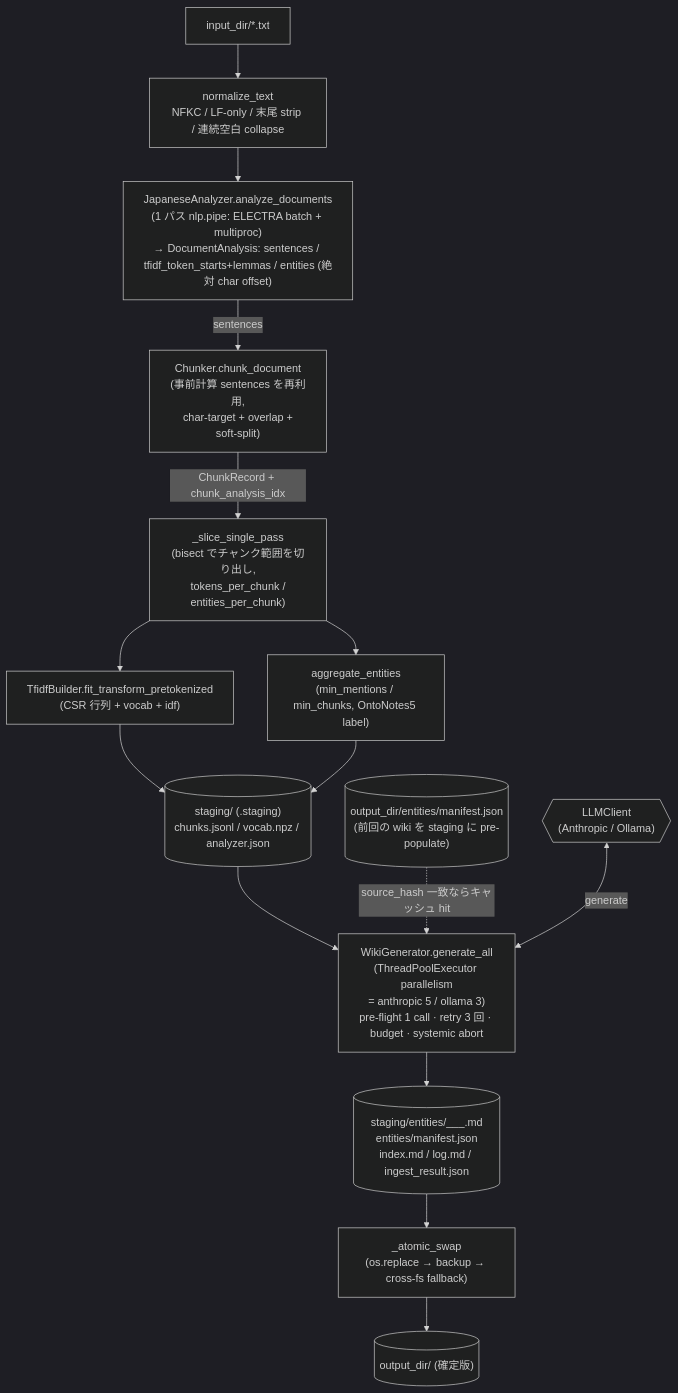
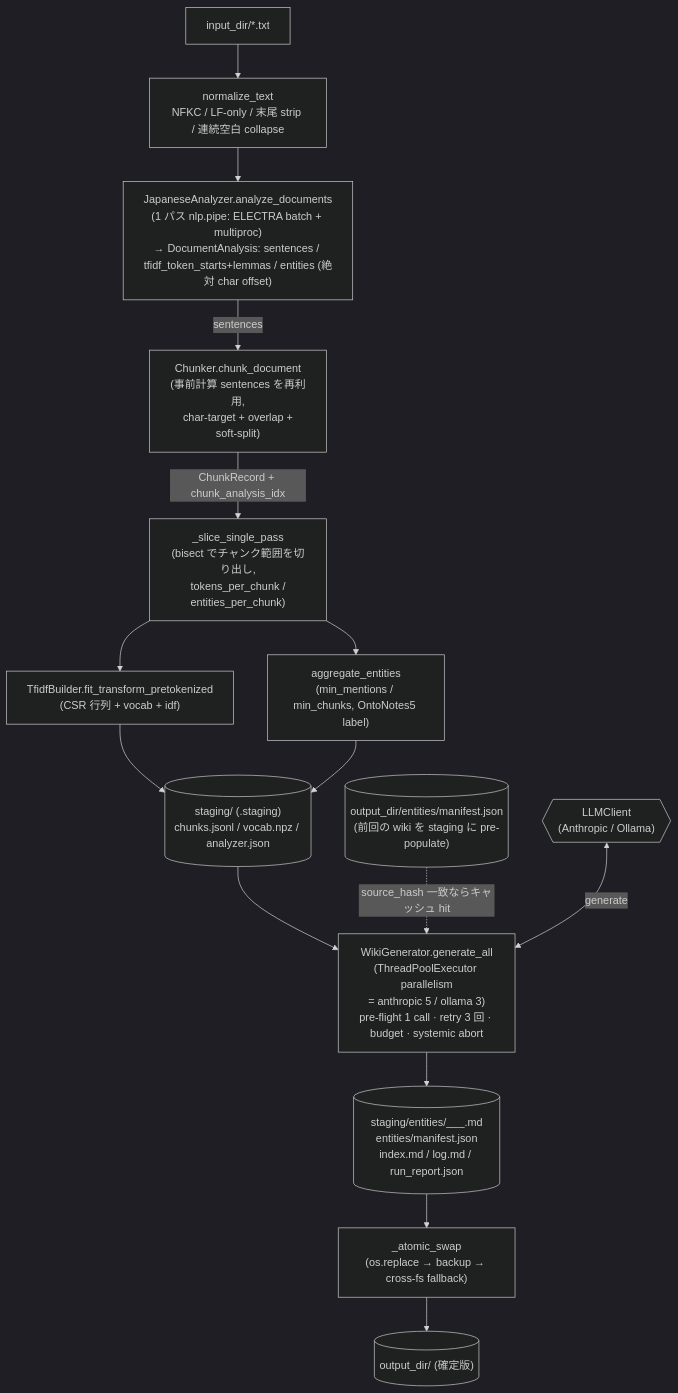
One commit to wfukatsu/lorebook-chunker changed the first of 2 diagrams in README.md. Above: the diagram before and after it, drawn with Mermaid (dark theme). The commit also changed other lines of this file and 4 other files, not shown here.

````diff
--- a/README.md
+++ b/README.md
@@ -34,17 +34,17 @@
 ```mermaid
 flowchart TD
     IN["input_dir/*.txt"] --> NORM["normalize_text<br/>NFKC / LF-only / 末尾 strip / 連続空白 collapse"]
     NORM --> AD["JapaneseAnalyzer.analyze_documents<br/>(1 パス nlp.pipe: ELECTRA batch + multiproc)<br/>→ DocumentAnalysis: sentences / tfidf_token_starts+lemmas / entities (絶対 char offset)"]
     AD -->|sentences| CHUNK["Chunker.chunk_document<br/>(事前計算 sentences を再利用,<br/> char-target + overlap + soft-split)"]
     CHUNK -->|ChunkRecord + chunk_analysis_idx| SLICE["_slice_single_pass<br/>(bisect でチャンク範囲を切り出し,<br/> tokens_per_chunk / entities_per_chunk)"]
     SLICE --> TFIDF["TfidfBuilder.fit_transform_pretokenized<br/>(CSR 行列 + vocab + idf)"]
     SLICE --> AGG["aggregate_entities<br/>(min_mentions / min_chunks, OntoNotes5 label)"]
     TFIDF --> STG[("staging/ (.staging)<br/>chunks.jsonl / vocab.npz / analyzer.json")]
     AGG --> STG
     STG --> WIKI["WikiGenerator.generate_all<br/>(ThreadPoolExecutor parallelism<br/>= anthropic 5 / ollama 3)<br/>pre-flight 1 call · retry 3 回 · budget · systemic abort"]
     PREV[("output_dir/entities/manifest.json<br/>(前回の wiki を staging に pre-populate)")] -.->|source_hash 一致ならキャッシュ hit| WIKI
     LLM{{"LLMClient<br/>(Anthropic / Ollama)"}} <-->|generate| WIKI
-    WIKI --> STG2[("staging/entities/<LABEL>__<name>_<sha6>.md<br/>entities/manifest.json<br/>index.md / log.md / ingest_result.json")]
+    WIKI --> STG2[("staging/entities/<LABEL>__<name>_<sha6>.md<br/>entities/manifest.json<br/>index.md / log.md / run_report.json")]
     STG2 --> SWAP["_atomic_swap<br/>(os.replace → backup → cross-fs fallback)"]
     SWAP --> OUT[("output_dir/ (確定版)")]
 ```
````
